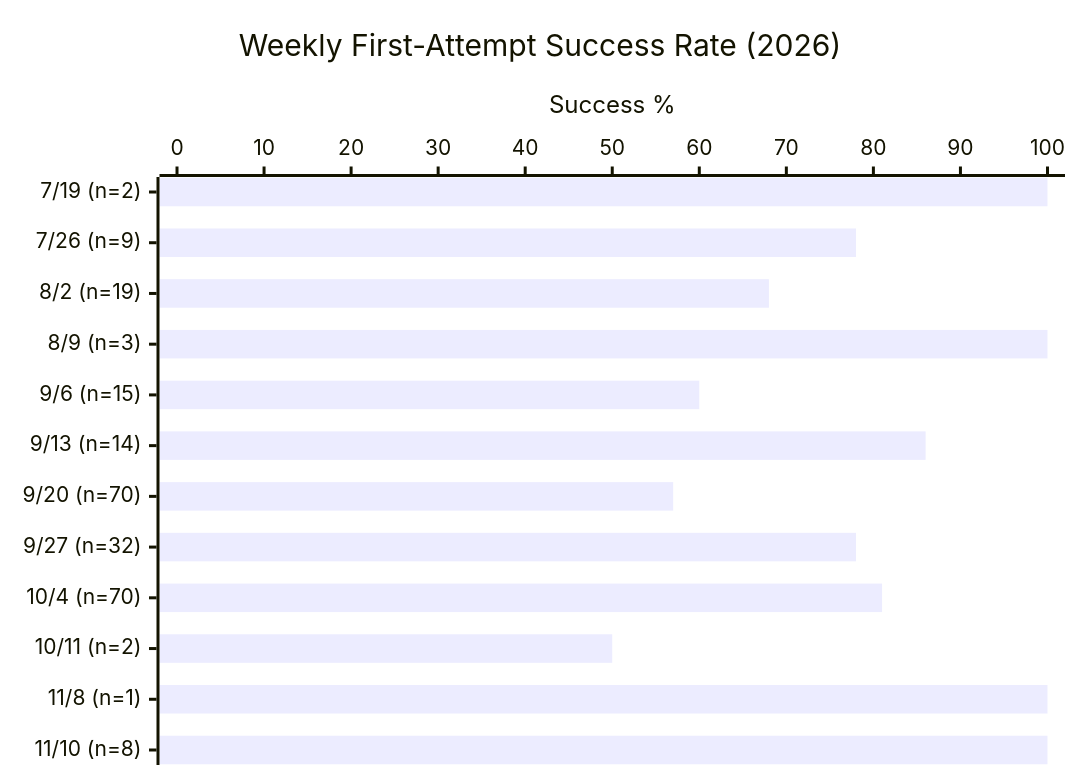
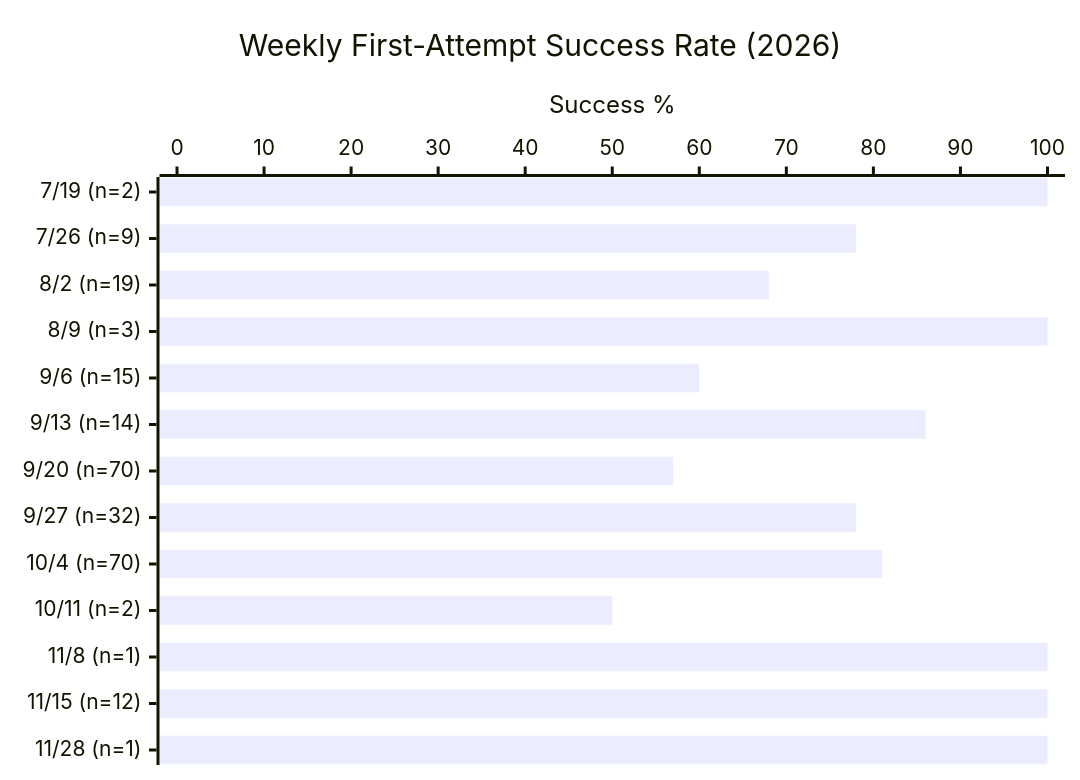
Before and after one commit to Sanctum-Origo-Systems/autoloop: the first of 3 diagrams in EVAL.md, drawn with Mermaid. The commit also changed other lines of this file and 1 other file, not shown here.

````diff
--- a/EVAL.md
+++ b/EVAL.md
@@ -17,7 +17,7 @@
 ```mermaid
 xychart-beta horizontal
     title "Weekly First-Attempt Success Rate (2026)"
-    x-axis ["7/19 (n=2)", "7/26 (n=9)", "8/2 (n=19)", "8/9 (n=3)", "9/6 (n=15)", "9/13 (n=14)", "9/20 (n=70)", "9/27 (n=32)", "10/4 (n=70)", "10/11 (n=2)", "11/8 (n=1)", "11/10 (n=8)"]
+    x-axis ["7/19 (n=2)", "7/26 (n=9)", "8/2 (n=19)", "8/9 (n=3)", "9/6 (n=15)", "9/13 (n=14)", "9/20 (n=70)", "9/27 (n=32)", "10/4 (n=70)", "10/11 (n=2)", "11/8 (n=1)", "11/15 (n=12)", "11/28 (n=1)"]
     y-axis "Success %" 0 --> 100
-    bar [100, 78, 68, 100, 60, 86, 57, 78, 81, 50, 100, 100]
+    bar [100, 78, 68, 100, 60, 86, 57, 78, 81, 50, 100, 100, 100]
 ```
````
